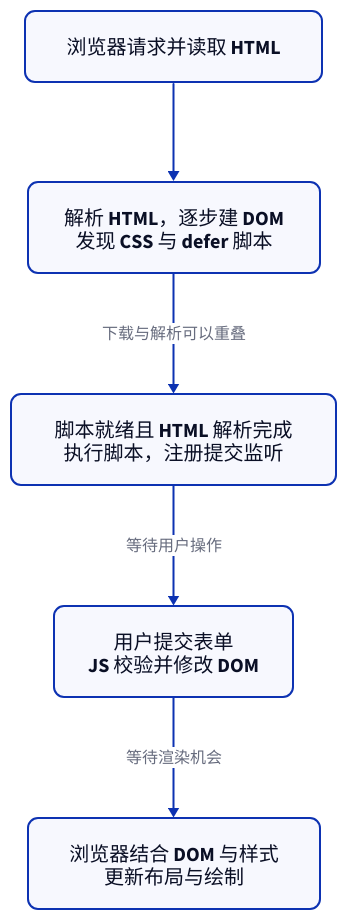
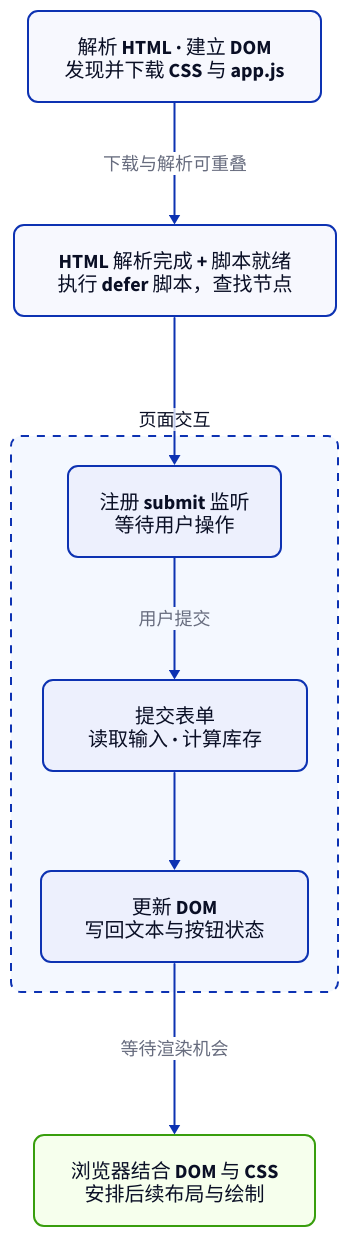
One commit to socoo123/js_web changed the diagram in diagrams/c02-page-flow.d2. Above: the diagram before and after it, drawn with D2. The commit also changed 12 other files, not shown here.

```diff
--- a/diagrams/c02-page-flow.d2
+++ b/diagrams/c02-page-flow.d2
@@ -1,16 +1,30 @@
-# C02：聚焦脚本交互路径，资源请求和初始绘制可重叠。
+# C02：箭头表示脚本连接页面到处理提交的顺序；初始绘制不在这条交互路径中。
 direction: down
 
-*.style.font-size: 20
-*.style.border-radius: 10
+**.style.font-size: 20
+**.style.border-radius: 10
+(** -> **)[*].style.font-size: 18
 
-request: 浏览器请求并读取 HTML
-parse: 解析 HTML，逐步建 DOM\n发现 CSS 与 defer 脚本
-ready: 脚本就绪且 HTML 解析完成\n执行脚本，注册提交监听
-event: 用户提交表单\nJS 校验并修改 DOM
-view: 浏览器结合 DOM 与样式\n更新布局与绘制
+parse: 解析 HTML · 建立 DOM\n发现并下载 CSS 与 app.js
+ready: HTML 解析完成 + 脚本就绪\n执行 defer 脚本，查找节点
 
-request -> parse
-parse -> ready: 下载与解析可以重叠
-ready -> event: 等待用户操作
-event -> view: 等待渲染机会
+interaction: 页面交互 {
+  style.font-size: 18
+  style.fill: "#f4f8ff"
+  style.stroke-dash: 4
+
+  listen: 注册 submit 监听\n等待用户操作
+  submit: 提交表单\n读取输入 · 计算库存
+  update: 更新 DOM\n写回文本与按钮状态
+  listen -> submit: 用户提交
+  submit -> update
+}
+
+view: 浏览器结合 DOM 与 CSS\n安排后续布局与绘制 {
+  style.fill: "#f6ffed"
+  style.stroke: "#389e0d"
+}
+
+parse -> ready: 下载与解析可重叠
+ready -> interaction.listen
+interaction.update -> view: 等待渲染机会
```
